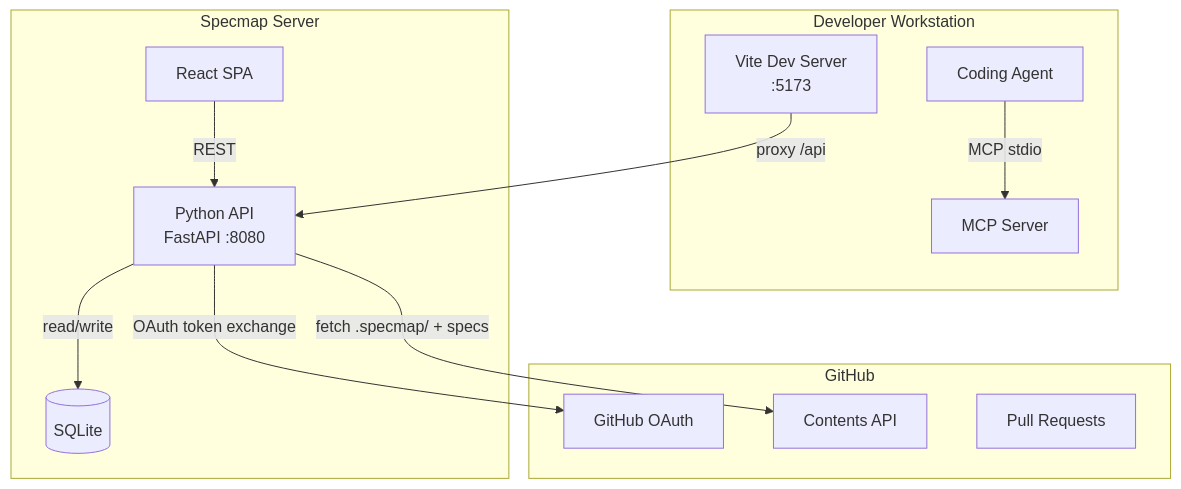
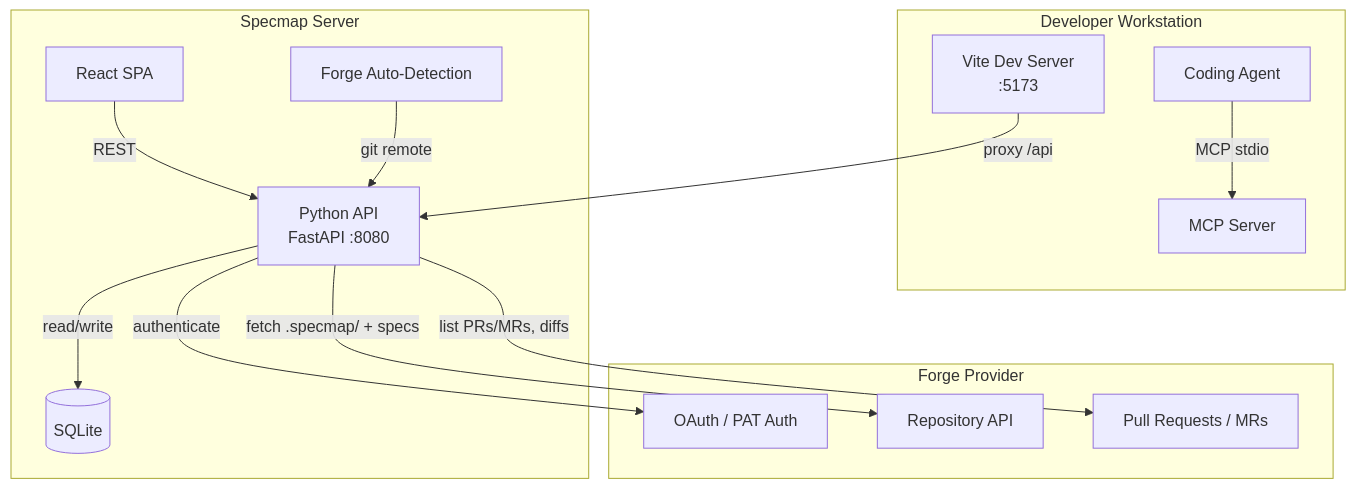
One commit to jdraines/specmap changed the second of 2 diagrams in docs/concepts/architecture.md. Above: the diagram before and after it, drawn with Mermaid. The commit also changed other lines of this file and 40 other files, not shown here.

````diff
--- a/docs/concepts/architecture.md
+++ b/docs/concepts/architecture.md
@@ -68,27 +68,30 @@
 ```mermaid
 graph TB
     subgraph "Developer Workstation"
         Agent[Coding Agent]
         MCP[MCP Server]
         Vite[Vite Dev Server<br/>:5173]
     end
 
     subgraph "Specmap Server"
         Web[React SPA]
         API[Python API<br/>FastAPI :8080]
         DB[(SQLite)]
+        Detect[Forge Auto-Detection]
     end
 
-    subgraph "GitHub"
-        OAuth[GitHub OAuth]
-        Contents[Contents API]
-        PR[Pull Requests]
+    subgraph "Forge Provider"
+        ForgeAuth[OAuth / PAT Auth]
+        ForgeAPI[Repository API]
+        ForgePR[Pull Requests / MRs]
     end
 
     Agent -->|MCP stdio| MCP
     Vite -->|proxy /api| API
     Web -->|REST| API
     API -->|read/write| DB
-    API -->|OAuth token exchange| OAuth
-    API -->|fetch .specmap/ + specs| Contents
+    Detect -->|git remote| API
+    API -->|authenticate| ForgeAuth
+    API -->|fetch .specmap/ + specs| ForgeAPI
+    API -->|list PRs/MRs, diffs| ForgePR
 ```
````
